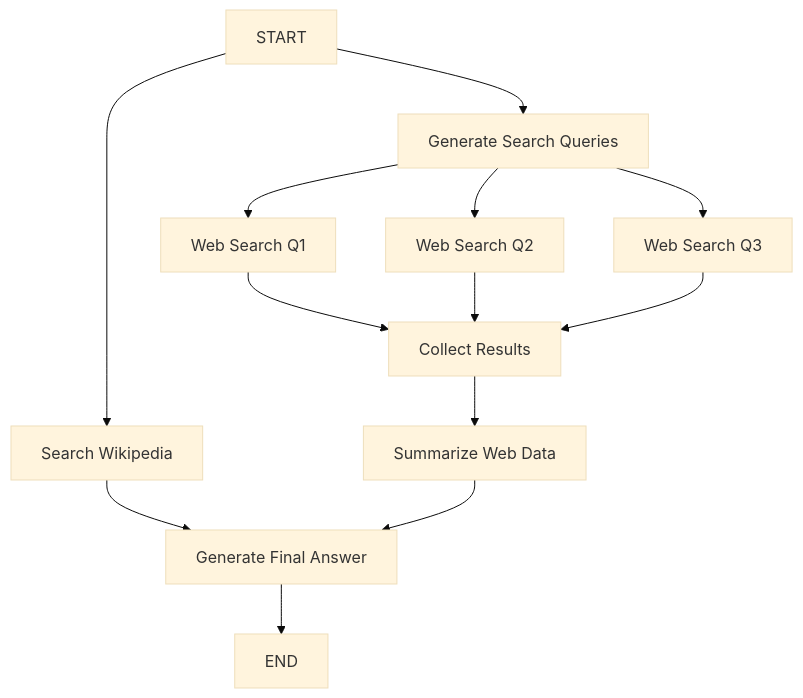
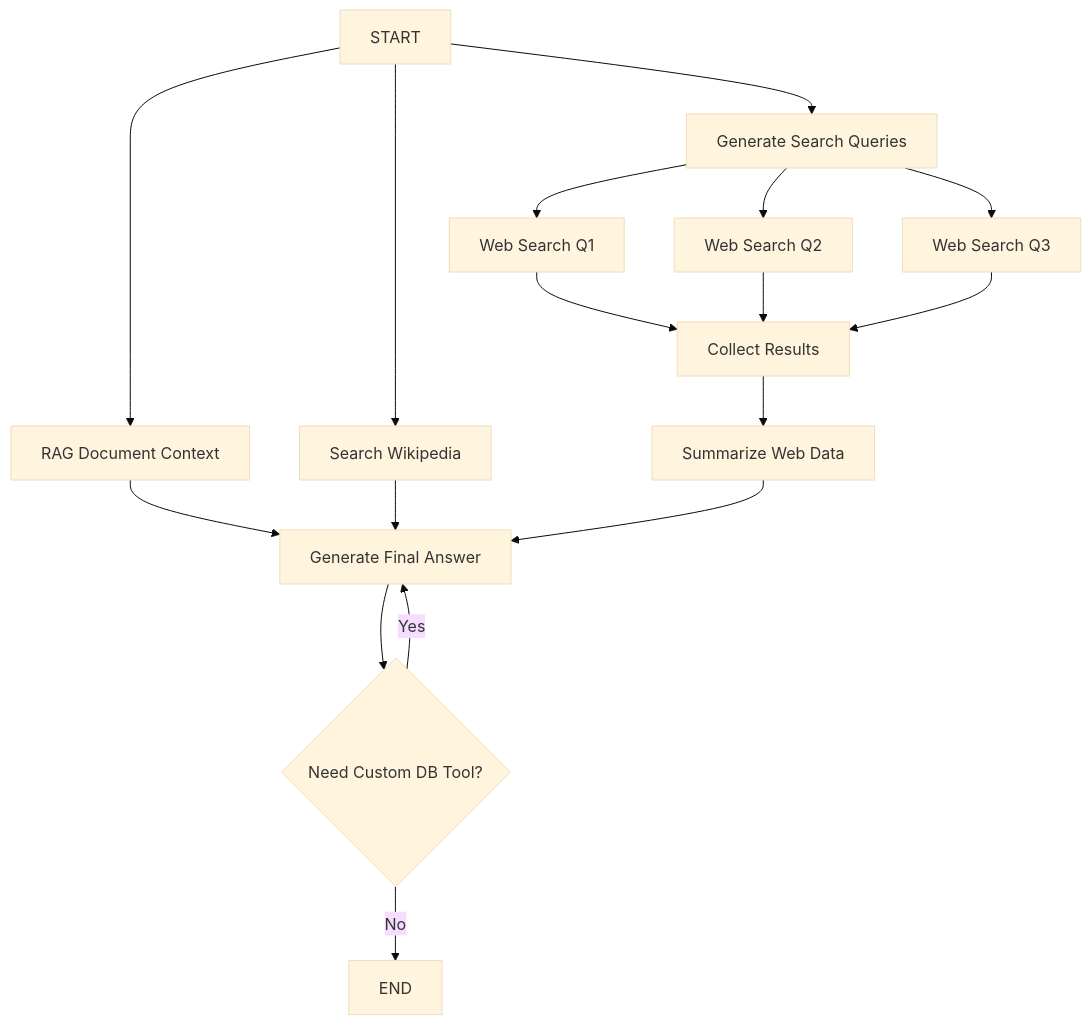
One commit to alipbudiman/wa-ai-agent changed the diagram in doc/agents/research-agent.md. Above: the diagram before and after it, drawn with Mermaid (base theme). The commit also changed other lines of this file and 6 other files, not shown here.

````diff
--- a/doc/agents/research-agent.md
+++ b/doc/agents/research-agent.md
@@ -15,19 +15,23 @@
 ```mermaid
 graph TD
+    START --> Retrieve[RAG Document Context]
     START --> Wiki[Search Wikipedia]
     START --> GenQuery[Generate Search Queries]
     
     GenQuery --> Web1[Web Search Q1]
     GenQuery --> Web2[Web Search Q2]
     GenQuery --> Web3[Web Search Q3]
     
     Web1 --> Barrier[Collect Results]
     Web2 --> Barrier
     Web3 --> Barrier
     
     Barrier --> Summarize[Summarize Web Data]
-    Wiki --> Answer[Generate Final Answer]
+    Retrieve --> Answer[Generate Final Answer]
+    Wiki --> Answer
     Summarize --> Answer
     
-    Answer --> END
+    Answer --> Tools{Need Custom DB Tool?}
+    Tools -- Yes --> Answer
+    Tools -- No --> END
 ```
````
